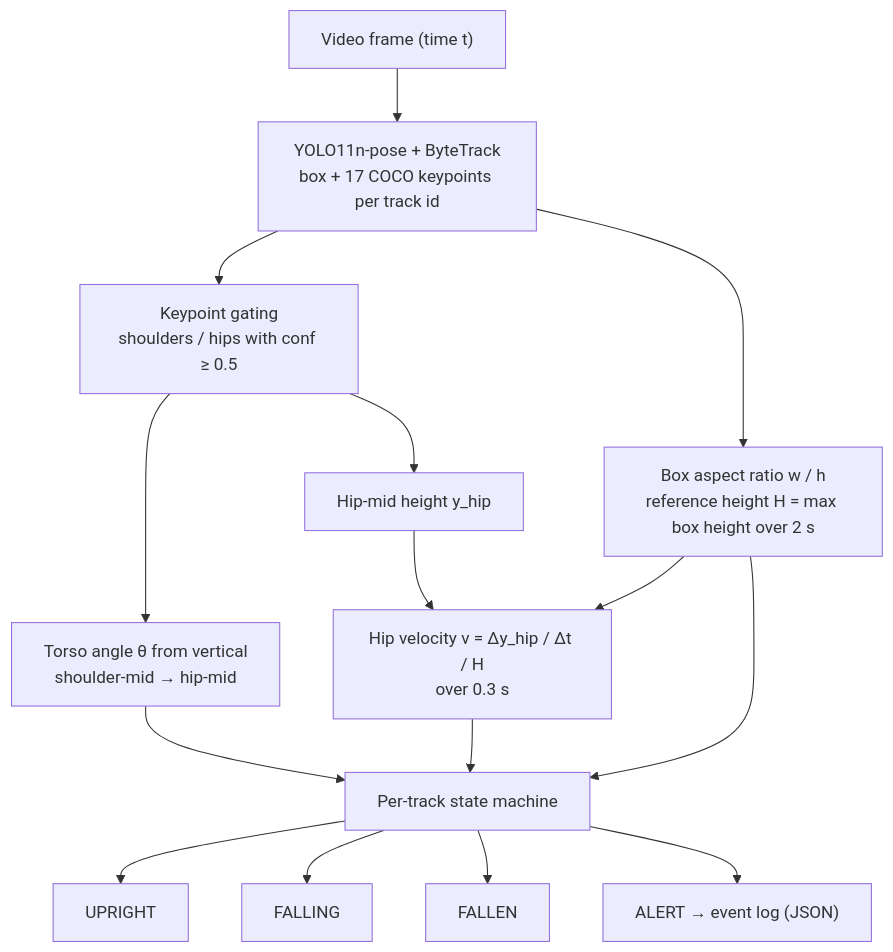
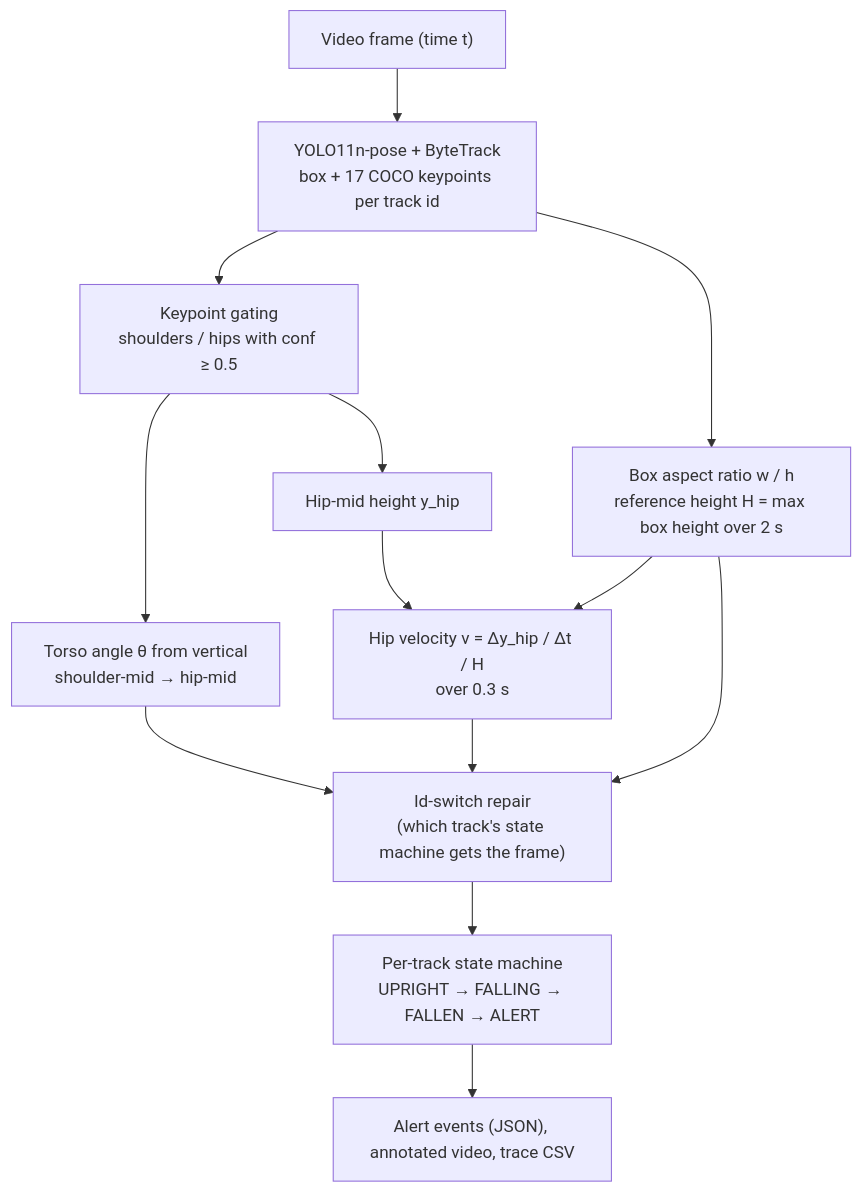
One commit to karemdm/fall-detection-alert changed the first of 2 diagrams in docs/how-it-works.md. Above: the diagram before and after it, drawn with Mermaid. The commit also changed other lines of this file and 1 other file, not shown here.

Commit message:
docs: clearer diagrams (armed gate, FALLEN to FALLING, dropped tracks), exit codes, timing and edge-case notes

````diff
--- a/docs/how-it-works.md
+++ b/docs/how-it-works.md
@@ -8,17 +8,15 @@
 ```mermaid
 flowchart TD
     A["Video frame (time t)"] --> B["YOLO11n-pose + ByteTrack<br/>box + 17 COCO keypoints per track id"]
     B --> C["Keypoint gating<br/>shoulders / hips with conf ≥ 0.5"]
     C --> D["Torso angle θ from vertical<br/>shoulder-mid → hip-mid"]
     C --> E["Hip-mid height y_hip"]
     B --> F["Box aspect ratio w / h<br/>reference height H = max box height over 2 s"]
     E --> G["Hip velocity v = Δy_hip / Δt / H<br/>over 0.3 s"]
     F --> G
-    D --> H["Per-track state machine"]
-    F --> H
-    G --> H
-    H --> I["UPRIGHT"]
-    H --> J["FALLING"]
-    H --> K["FALLEN"]
-    H --> L["ALERT → event log (JSON)"]
+    D --> R["Id-switch repair<br/>(which track's state machine gets the frame)"]
+    F --> R
+    G --> R
+    R --> H["Per-track state machine<br/>UPRIGHT → FALLING → FALLEN → ALERT"]
+    H --> L["Alert events (JSON), annotated video, trace CSV"]
 ```
````
